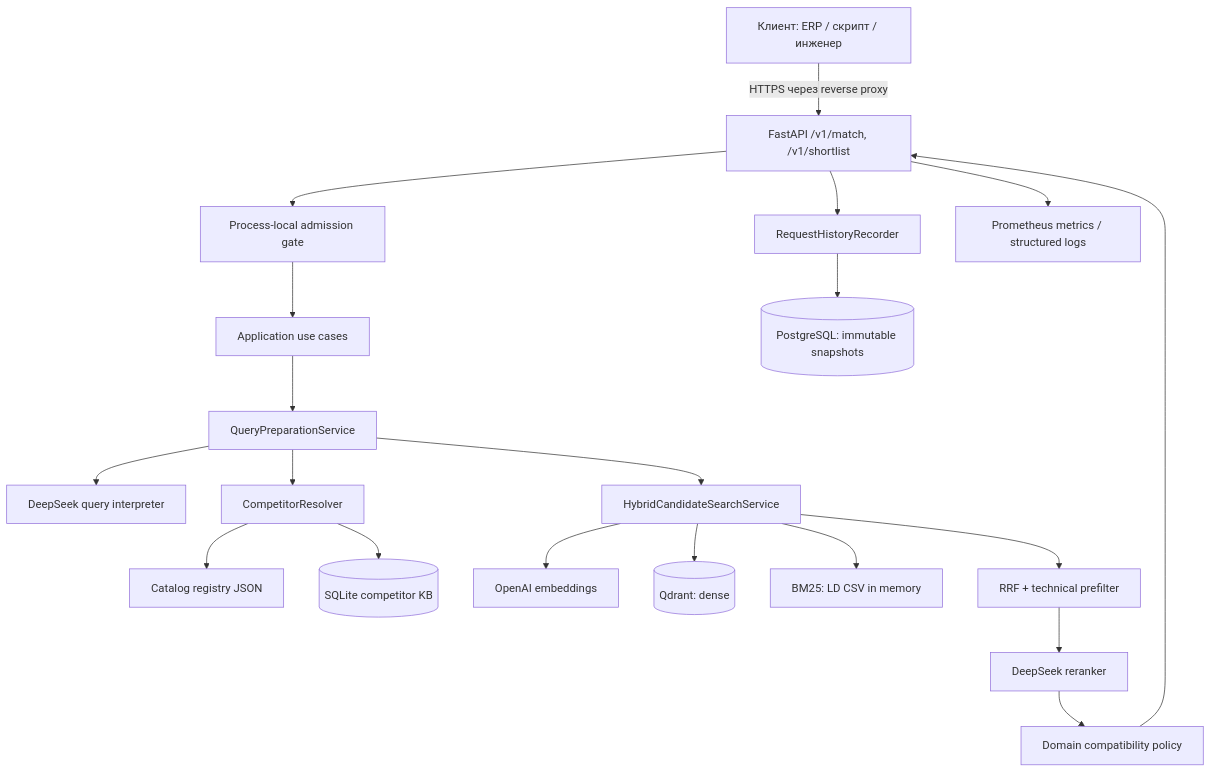
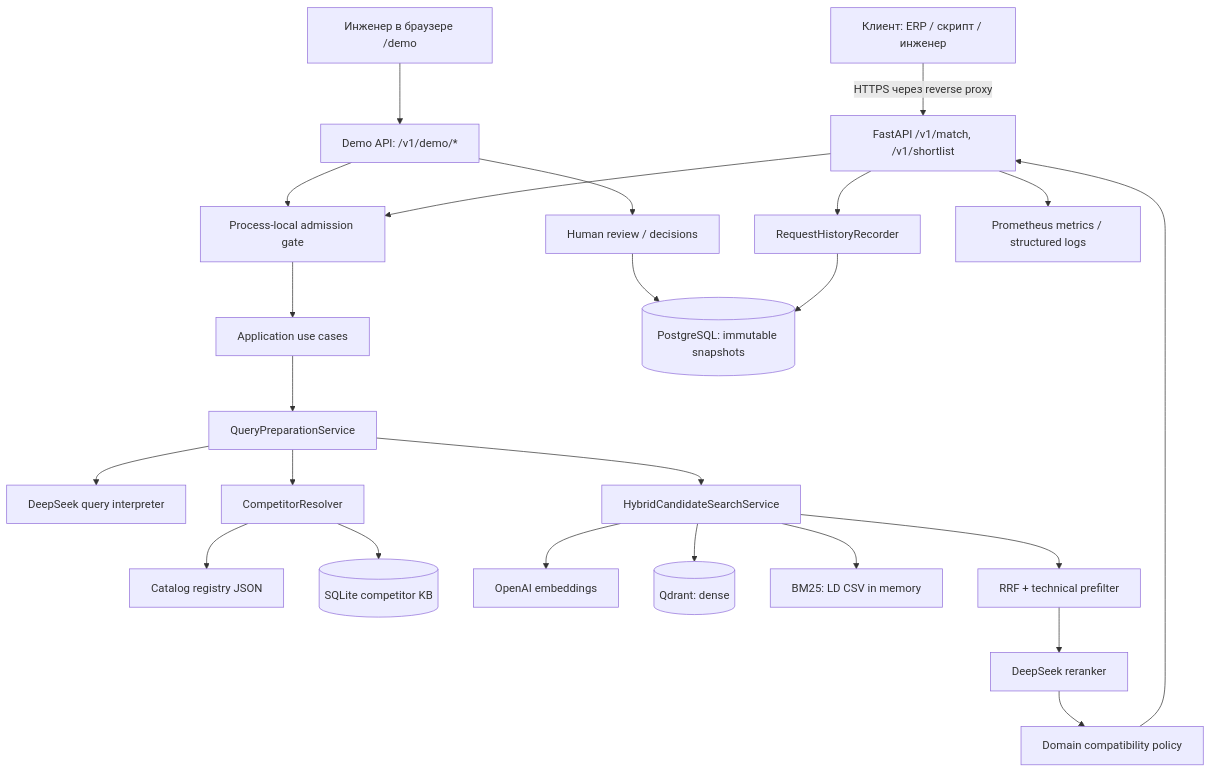
One commit to ObiVanBanan/rag_tender changed the first of 3 diagrams in docs/ARCHITECTURE_RU.md. Above: the diagram before and after it, drawn with Mermaid. The commit also changed other lines of this file and 12 other files, not shown here.

````diff
--- a/docs/ARCHITECTURE_RU.md
+++ b/docs/ARCHITECTURE_RU.md
@@ -7,22 +7,26 @@
 ```mermaid
 flowchart TB
     C["Клиент: ERP / скрипт / инженер"] -->|HTTPS через reverse proxy| API["FastAPI /v1/match, /v1/shortlist"]
+    U["Инженер в браузере /demo"] --> DEMO["Demo API: /v1/demo/*"]
+    DEMO --> ADM
     API --> ADM["Process-local admission gate"]
     ADM --> APP["Application use cases"]
     APP --> PREP["QueryPreparationService"]
     PREP --> INT["DeepSeek query interpreter"]
     PREP --> RES["CompetitorResolver"]
     RES --> REG["Catalog registry JSON"]
     RES --> KB[("SQLite competitor KB")]
     PREP --> RET["HybridCandidateSearchService"]
     RET --> EMB["OpenAI embeddings"]
     RET --> Q[("Qdrant: dense")]
     RET --> BM["BM25: LD CSV in memory"]
     RET --> PREF["RRF + technical prefilter"]
     PREF --> RER["DeepSeek reranker"]
     RER --> POL["Domain compatibility policy"]
     POL --> API
+    DEMO --> REVIEW["Human review / decisions"]
+    REVIEW --> PG
     API --> HIST["RequestHistoryRecorder"]
     HIST --> PG[("PostgreSQL: immutable snapshots")]
     API --> MET["Prometheus metrics / structured logs"]
 ```
````
